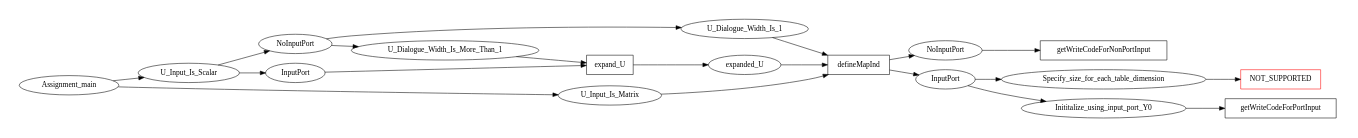
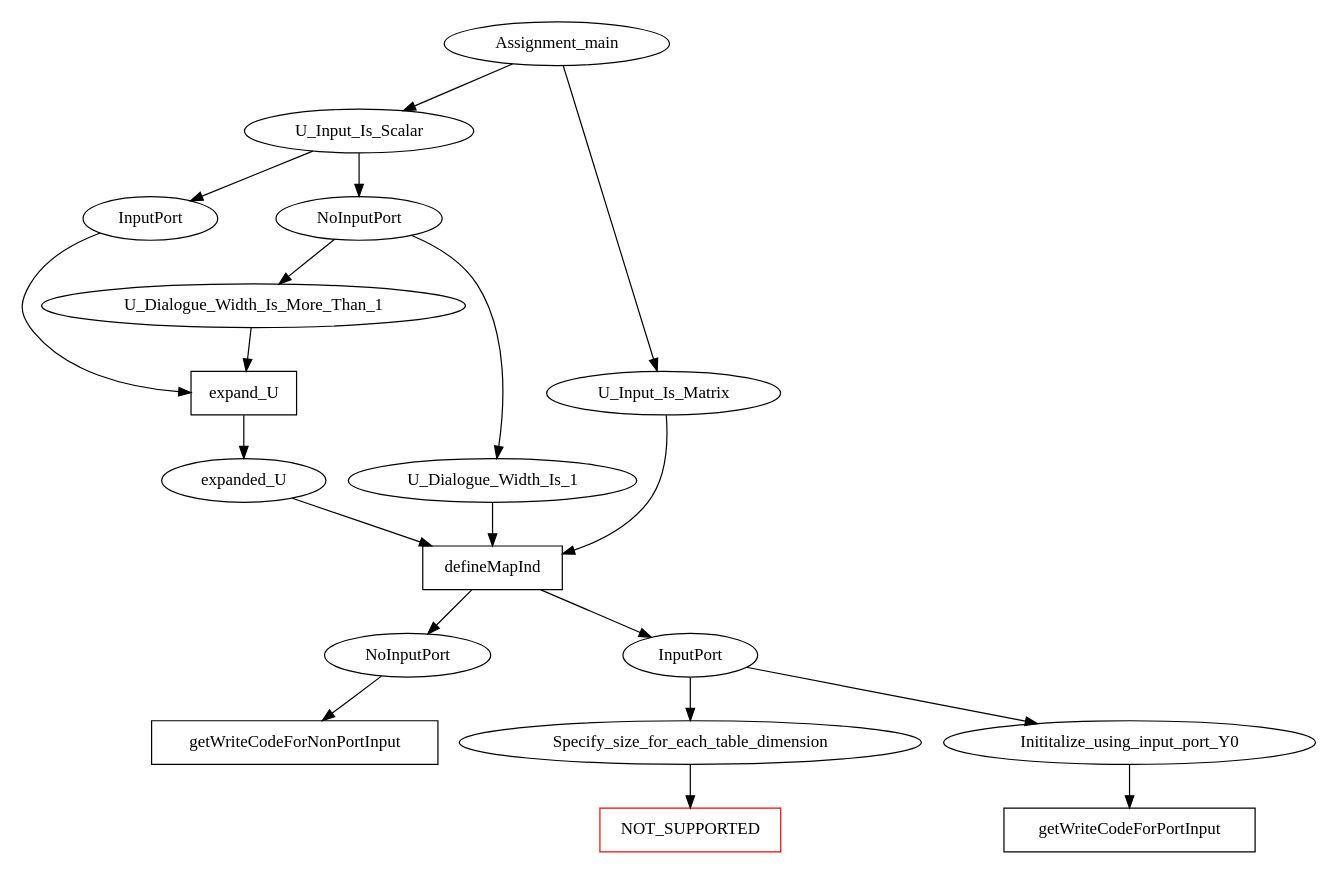
One commit to NASA-SW-VnV/CoCoSim changed the diagram in doc/ToLustre_doc/variationGraph/Assignment_To_Lustre.dot. Above: the diagram before and after it, drawn with Graphviz. The commit also changed 10 other files, not shown here.

```diff
--- a/doc/ToLustre_doc/variationGraph/Assignment_To_Lustre.dot
+++ b/doc/ToLustre_doc/variationGraph/Assignment_To_Lustre.dot
@@ -1,69 +1,69 @@
 digraph Assignment {
-        rankdir=LR;
+        rankdir=UD;
         size="8,5"
         node [shape = polygon, sides=5];
 
 
         Assignment_main [shape=ellipse];
         U_Input_Is_Scalar [shape=ellipse];
         U_Input_Is_Matrix [shape=ellipse];
         NoInputPort [shape=ellipse];
         getWriteCodeForNonPortInput [shape=box];
         getWriteCodeForPortInput [shape=box];
         InputPort [shape=ellipse];
         Inititalize_using_input_port_Y0 [shape=ellipse];
         Specify_size_for_each_table_dimension [shape=ellipse];
         NOT_SUPPORTED [shape=box, color=red];
         defineMapInd [shape=box];
 
 
         NoInputPort1 [shape=ellipse, label=NoInputPort];
         InputPort1 [shape=ellipse, label=InputPort];
         
         expand_U [shape=box];
         U_Dialogue_Width_Is_More_Than_1 [shape=ellipse];
         U_Dialogue_Width_Is_1 [shape=ellipse];
 
         expanded_U [shape=ellipse];
 
         
 
 
         Assignment_main -> U_Input_Is_Matrix 
         Assignment_main -> U_Input_Is_Scalar
 
         //U_Input_Is_Scalar case
         U_Input_Is_Scalar -> NoInputPort1
         U_Input_Is_Scalar -> InputPort1
         InputPort1 -> expand_U
         //U_Input_Is_Matrix case 
         NoInputPort -> getWriteCodeForNonPortInput
         expanded_U -> defineMapInd
         U_Input_Is_Matrix -> defineMapInd
         defineMapInd ->  InputPort
         defineMapInd ->  NoInputPort
         InputPort ->  Inititalize_using_input_port_Y0
         Inititalize_using_input_port_Y0 ->  getWriteCodeForPortInput
 
         InputPort ->  Specify_size_for_each_table_dimension
         Specify_size_for_each_table_dimension ->  NOT_SUPPORTED
 
         NoInputPort1 -> U_Dialogue_Width_Is_1
         U_Dialogue_Width_Is_1 -> defineMapInd
 
         NoInputPort1 -> U_Dialogue_Width_Is_More_Than_1
         U_Dialogue_Width_Is_More_Than_1 ->  expand_U
         expand_U ->  expanded_U
 
 
 
         
         
 
 
 
 
 
 
 
 }
```
